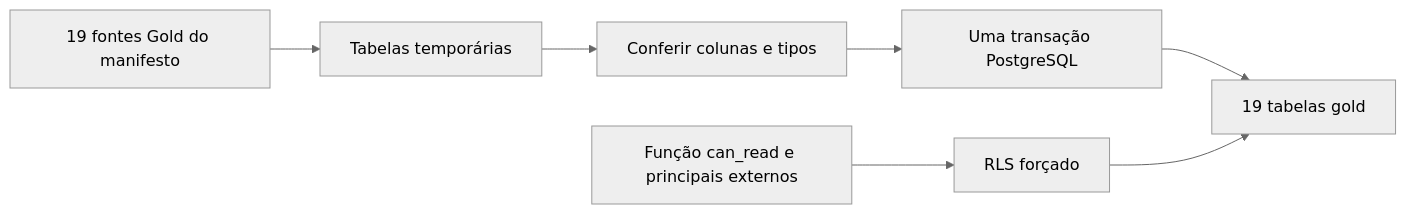
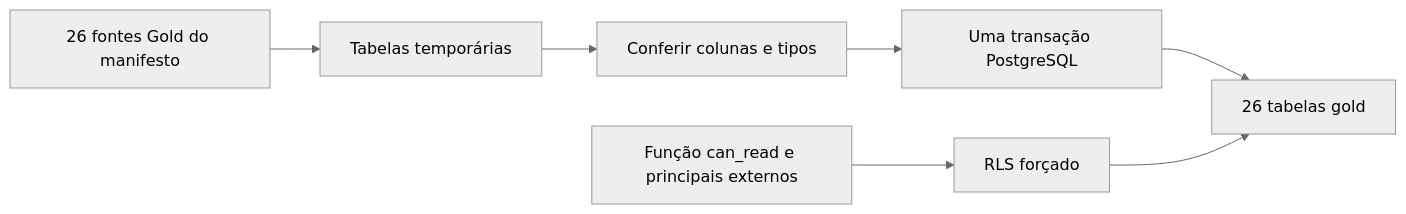
One commit to Solierrr/databricks-sync changed the diagram in database/POSTGRES.md. Above: the diagram before and after it, drawn with Mermaid (neutral theme). The commit also changed other lines of this file and 6 other files, not shown here.

````diff
--- a/database/POSTGRES.md
+++ b/database/POSTGRES.md
@@ -35,9 +42,9 @@
 ```mermaid
 flowchart LR
-  V[19 fontes Gold do manifesto] --> T[Tabelas temporárias]
+  V[26 fontes Gold do manifesto] --> T[Tabelas temporárias]
   T --> C[Conferir colunas e tipos]
   C --> P[Uma transação PostgreSQL]
-  P --> A[19 tabelas gold]
+  P --> A[26 tabelas gold]
   F[Função can_read e principais externos] --> R[RLS forçado]
   R --> A
 ```
````
